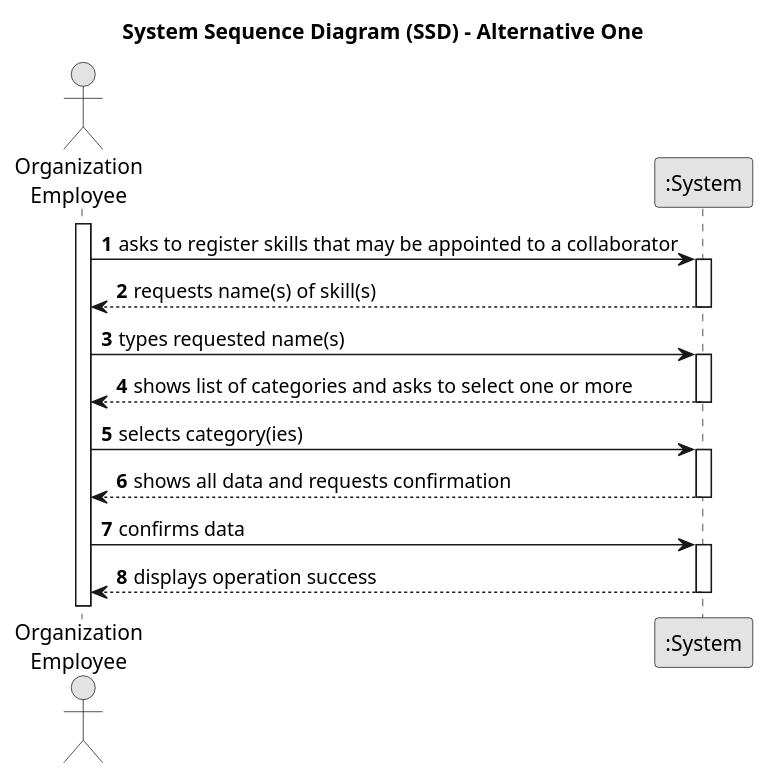
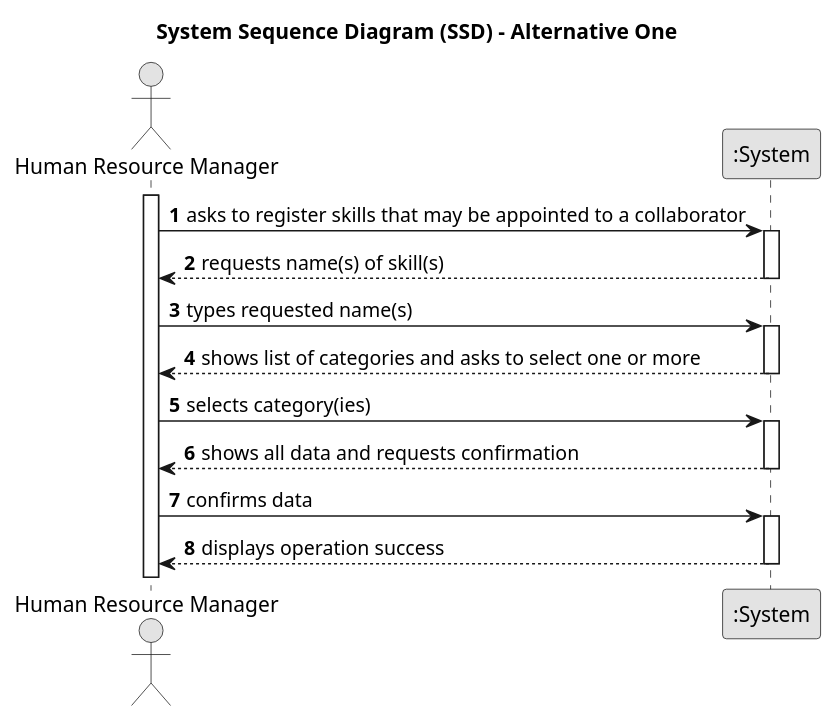
The diagram in docs/sprintA/us001/01.requirements-engineering/puml/us001-system-sequence-diagram-alternative-one.puml (tiagosoa/lei-24-s2-1dgh-g073), drawn with PlantUML before and after one commit.

Commit message:
Update actor in US1

```diff
--- a/docs/sprintA/us001/01.requirements-engineering/puml/us001-system-sequence-diagram-alternative-one.puml
+++ b/docs/sprintA/us001/01.requirements-engineering/puml/us001-system-sequence-diagram-alternative-one.puml
@@ -1,39 +1,39 @@
 @startuml
 skinparam monochrome true
 skinparam packageStyle rectangle
 skinparam shadowing false
 
 title System Sequence Diagram (SSD) - Alternative One
 
 autonumber
 
-actor "Organization\nEmployee" as Employee
+actor "Human Resource Manager" as Employee
 participant ":System" as System
 
 activate Employee
 
     Employee -> System : asks to register skills that may be appointed to a collaborator
     activate System
 
         System --> Employee : requests name(s) of skill(s)
     deactivate System
 
     Employee -> System : types requested name(s)
     activate System
 
         System --> Employee : shows list of categories and asks to select one or more
     deactivate System
 
     Employee -> System : selects category(ies)
     activate System
 
         System --> Employee : shows all data and requests confirmation
     deactivate System
 
     Employee -> System : confirms data
     activate System
 
         System --> Employee : displays operation success
     deactivate System
 
 @enduml
```
